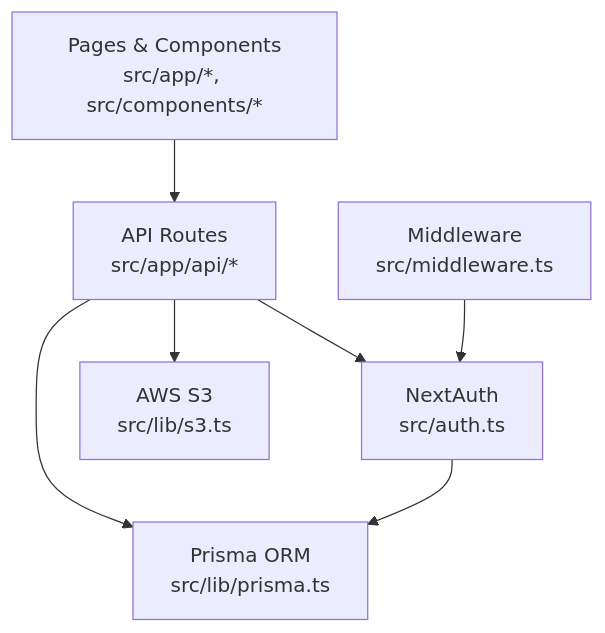
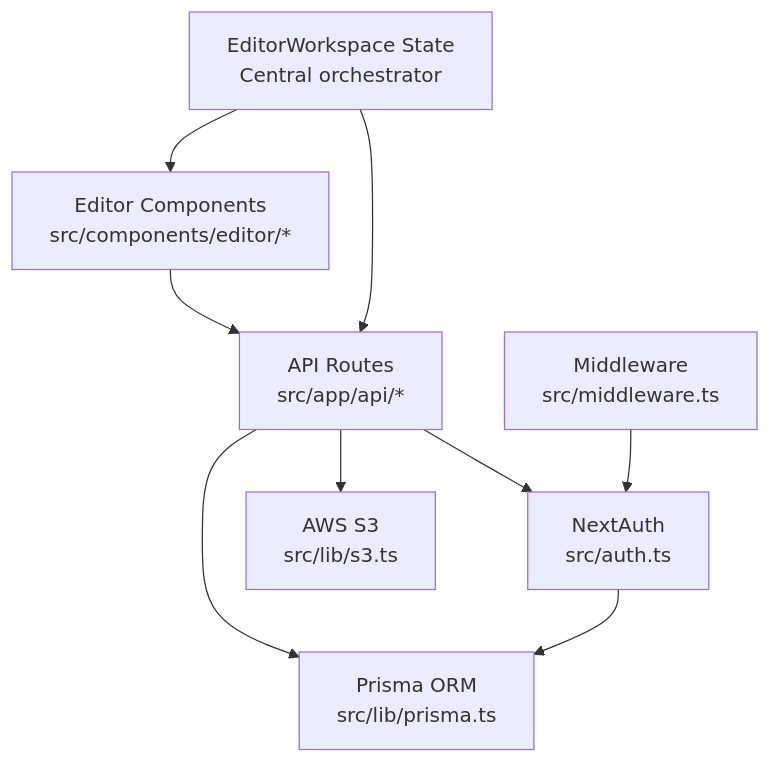
One commit to Crowdspender/titchybooks-app changed the second of 13 diagrams in .qoder/repowiki/en/content/Architecture Overview/Architecture Overview.md. Above: the diagram before and after it, drawn with Mermaid. The commit also changed other lines of this file and 62 other files, not shown here.

````diff
--- a/.qoder/repowiki/en/content/Architecture Overview/Architecture Overview.md
+++ b/.qoder/repowiki/en/content/Architecture Overview/Architecture Overview.md
@@ -157,9 +185,11 @@
 ```mermaid
 graph TB
-UI["Pages & Components<br/>src/app/*, src/components/*"] --> API["API Routes<br/>src/app/api/*"]
+UI["Editor Components<br/>src/components/editor/*"] --> API["API Routes<br/>src/app/api/*"]
 API --> AUTH["NextAuth<br/>src/auth.ts"]
 API --> PRISMA["Prisma ORM<br/>src/lib/prisma.ts"]
 API --> S3["AWS S3<br/>src/lib/s3.ts"]
 AUTH --> PRISMA
 MW["Middleware<br/>src/middleware.ts"] --> AUTH
+EWS["EditorWorkspace State<br/>Central orchestrator"] --> UI
+EWS --> API
 ```
````
